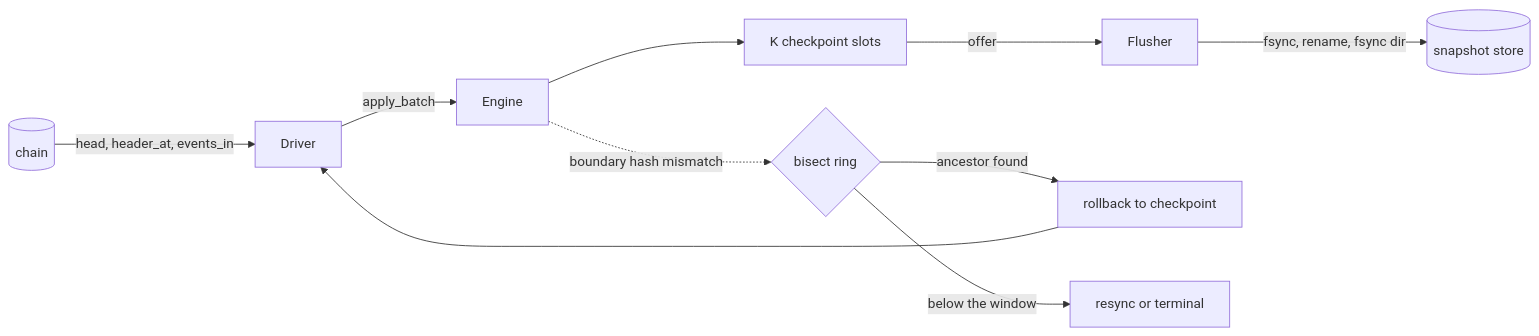
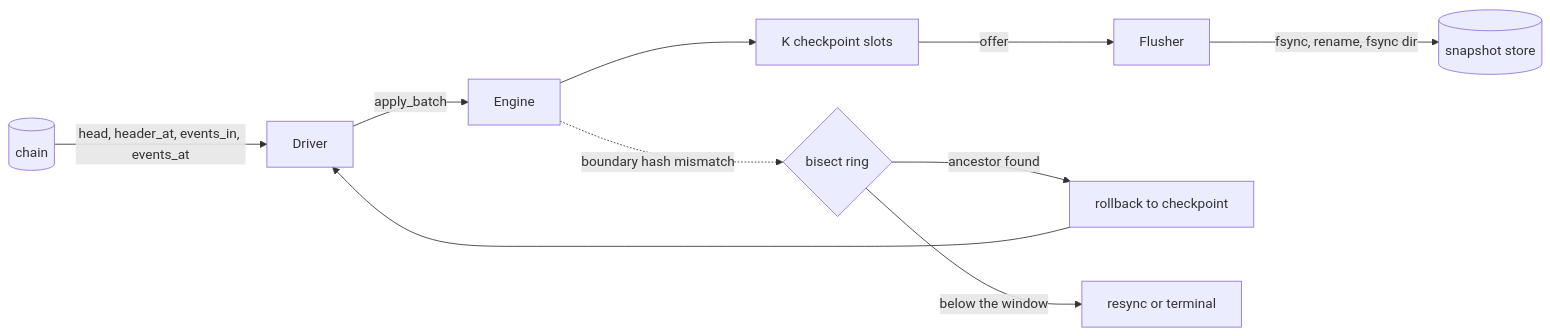
One commit to ethsystems/works changed the diagram in crates/chainfold/README.md. Above: the diagram before and after it, drawn with Mermaid. The commit also changed other lines of this file and 3 other files, not shown here.

````diff
--- a/crates/chainfold/README.md
+++ b/crates/chainfold/README.md
@@ -34,12 +34,12 @@
 ```mermaid
 flowchart LR
-  C[(chain)] -->|"head, header_at, events_in"| D[Driver]
+  C[(chain)] -->|"head, header_at, events_in, events_at"| D[Driver]
   D -->|apply_batch| E[Engine]
   E --> K["K checkpoint slots"]
   K -->|offer| F[Flusher]
   F -->|"fsync, rename, fsync dir"| P[(snapshot store)]
   E -.boundary hash mismatch.-> B{bisect ring}
   B -->|ancestor found| R[rollback to checkpoint]
   B -->|below the window| Y[resync or terminal]
   R --> D
 ```
````
